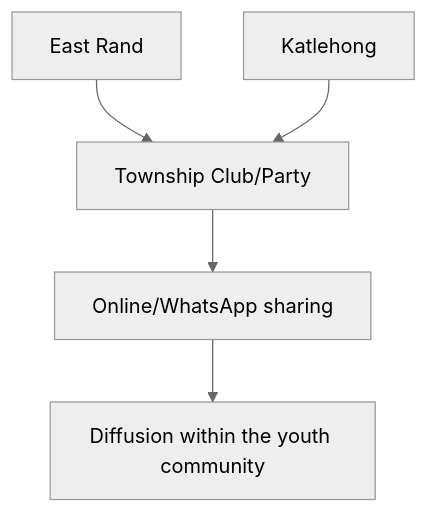
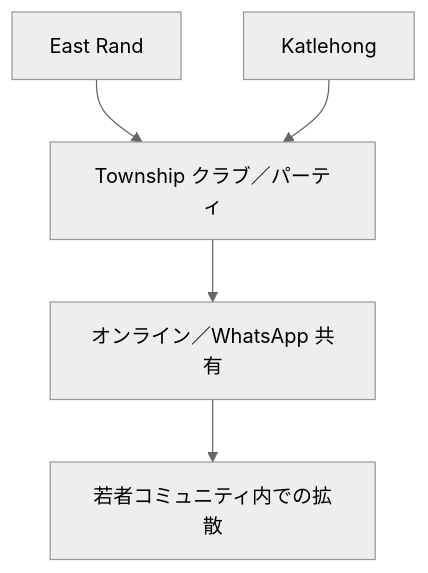
The seventh of 8 diagrams in en/_posts/2025-11-30-column-south-african-amapiano.md (monumental-movement/monumental-movement.github.io), drawn with Mermaid (neutral theme) before and after one commit. The commit also changed other lines of this file and 2196 other files, not shown here.

```diff
--- a/en/_posts/2025-11-30-column-south-african-amapiano.md
+++ b/en/_posts/2025-11-30-column-south-african-amapiano.md
@@ -285,7 +285,7 @@
 <div class="mermaid">
 graph TD
-  ER["East Rand"] --> TC["Township Club/Party"]
+  ER["East Rand"] --> TC["Township クラブ／パーティ"]
   KT["Katlehong"] --> TC
-  TC --> ON["Online/WhatsApp sharing"]
-  ON --> YC["Diffusion within the youth community"]
+  TC --> ON["オンライン／WhatsApp 共有"]
+  ON --> YC["若者コミュニティ内での拡散"]
 </div>
```
